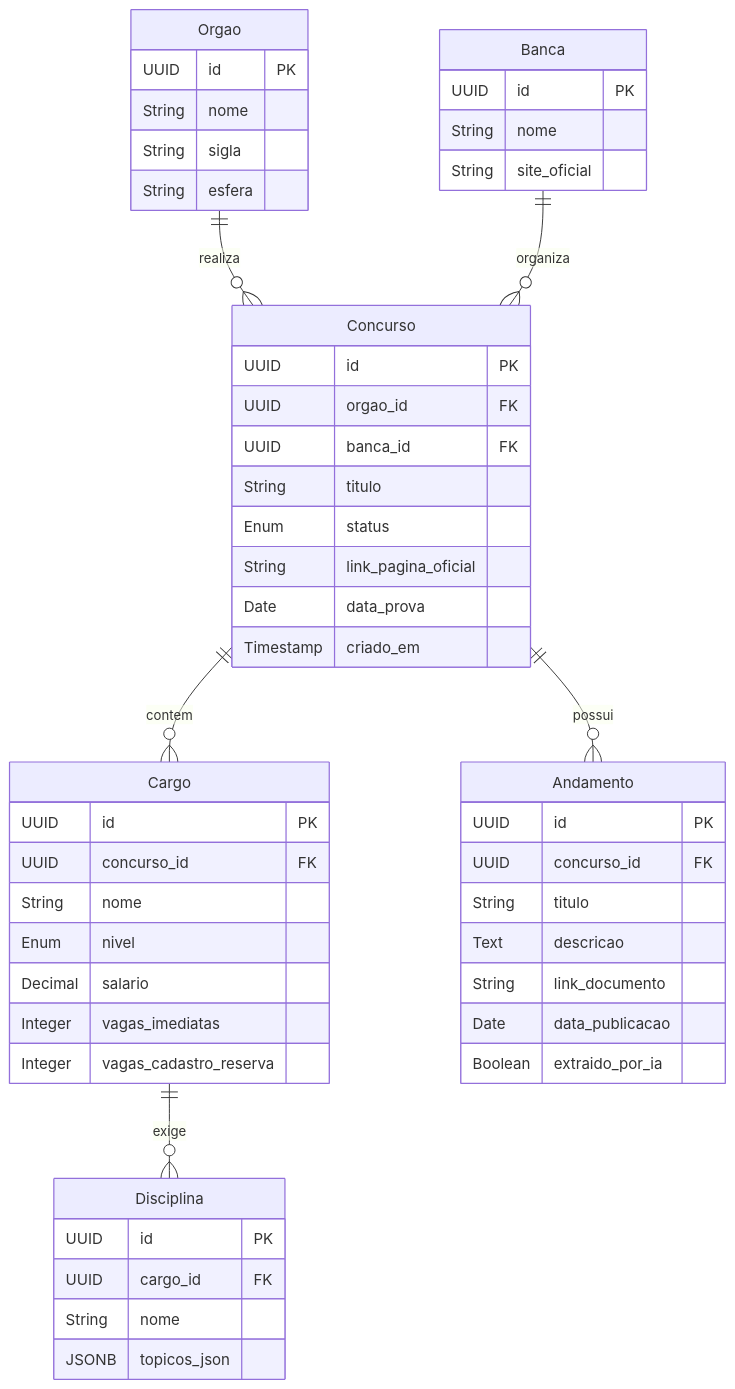
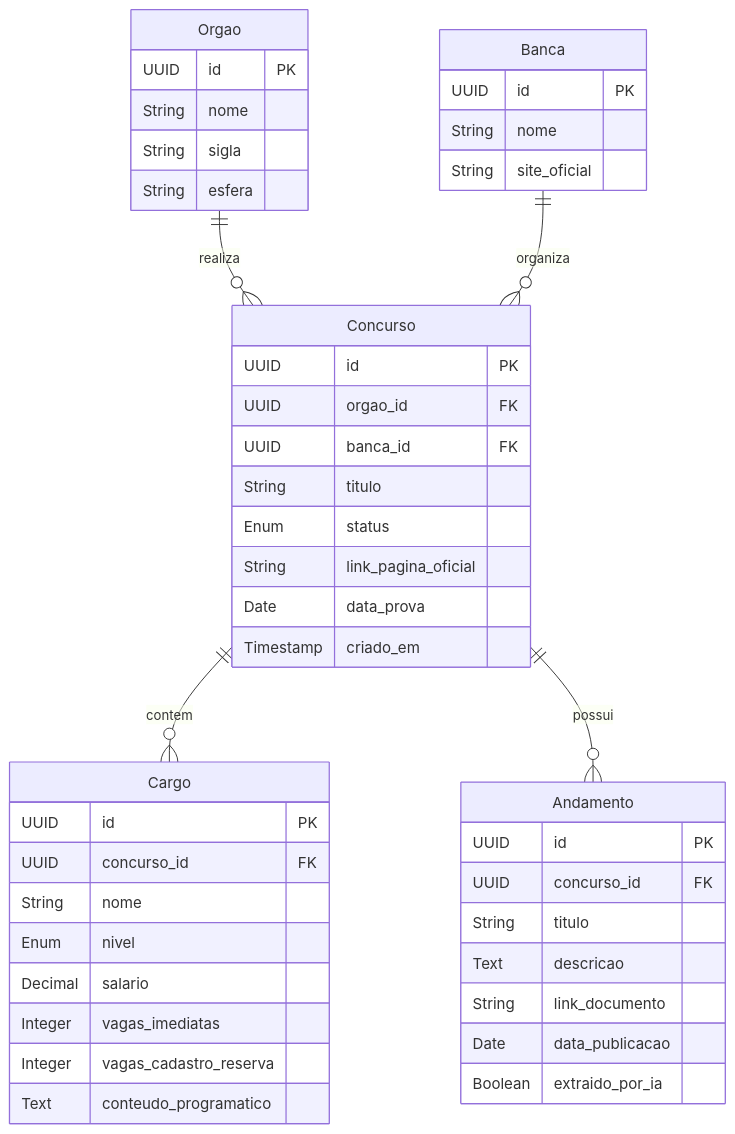
The diagram in docs/arquitetura/diagrama-banco.md (DaviUrsulino/concurseiro-df), drawn with Mermaid before and after one commit. The commit also changed other lines of this file and 2 other files, not shown here.

Commit message:
docs: configura suporte a diagramas visuais mermaid e revisa documentacao

````diff
--- a/docs/arquitetura/diagrama-banco.md
+++ b/docs/arquitetura/diagrama-banco.md
@@ -9,54 +9,48 @@
 ```mermaid
 erDiagram
     Orgao {
         UUID id PK
         String nome
         String sigla
         String esfera
     }
     Banca {
         UUID id PK
         String nome
         String site_oficial
     }
     Concurso {
         UUID id PK
         UUID orgao_id FK
         UUID banca_id FK
         String titulo
         Enum status
         String link_pagina_oficial
         Date data_prova
         Timestamp criado_em
     }
     Cargo {
         UUID id PK
         UUID concurso_id FK
         String nome
         Enum nivel
         Decimal salario
         Integer vagas_imediatas
         Integer vagas_cadastro_reserva
+        Text conteudo_programatico
     }
     Andamento {
         UUID id PK
         UUID concurso_id FK
         String titulo
         Text descricao
         String link_documento
         Date data_publicacao
         Boolean extraido_por_ia
     }
-    Disciplina {
-        UUID id PK
-        UUID cargo_id FK
-        String nome
-        JSONB topicos_json
-    }
 
     Orgao ||--o{ Concurso : realiza
     Banca ||--o{ Concurso : organiza
     Concurso ||--o{ Cargo : contem
     Concurso ||--o{ Andamento : possui
-    Cargo ||--o{ Disciplina : exige
 ```
````
